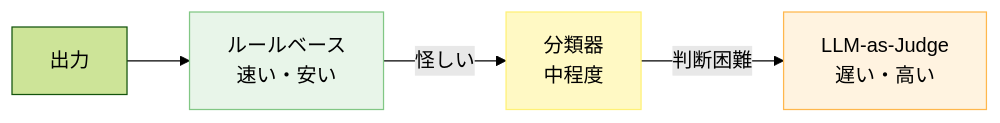
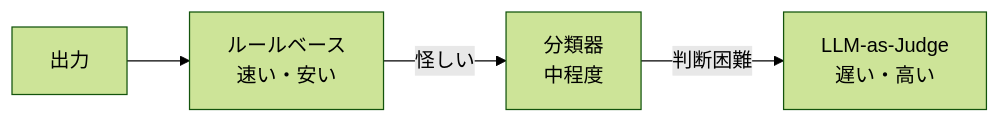
Before and after one commit to dinekt/dinekt-wiki: the third of 3 diagrams in docs/techniques/guardrails-llm-出力を決定論的に制御する仕組み.md, drawn with Mermaid (forest theme). The commit also changed other lines of this file and 70 other files, not shown here.

First line of the commit message:
fix(mermaid): strip all inline styling, rely on theme

````diff
--- a/docs/techniques/guardrails-llm-出力を決定論的に制御する仕組み.md
+++ b/docs/techniques/guardrails-llm-出力を決定論的に制御する仕組み.md
@@ -118,10 +114,7 @@
 ```mermaid
 flowchart LR
     O[出力] --> R[ルールベース<br/>速い・安い]
     R -->|怪しい| C[分類器<br/>中程度]
     C -->|判断困難| J[LLM-as-Judge<br/>遅い・高い]
 
-    style R fill:#e8f5e9,stroke:#81c784,color:#000
-    style C fill:#fff9c4,stroke:#fff176,color:#000
-    style J fill:#fff3e0,stroke:#ffb74d,color:#000
 ```
````
